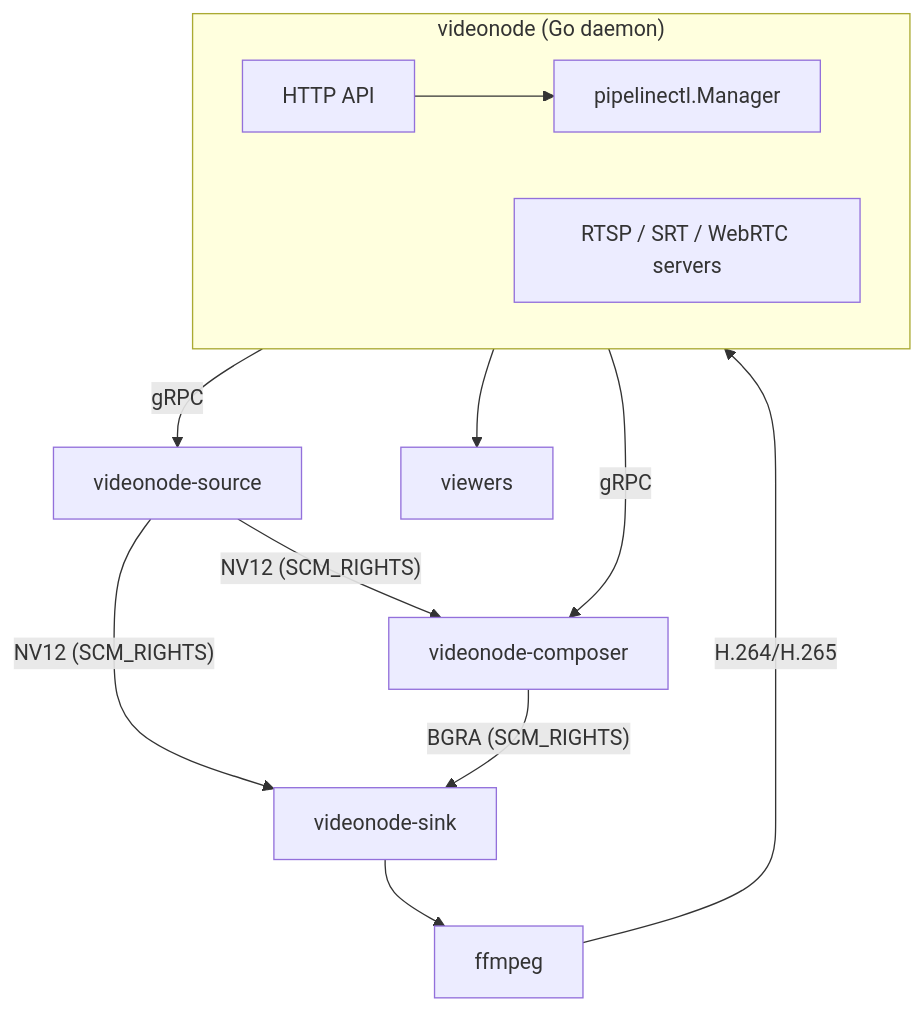
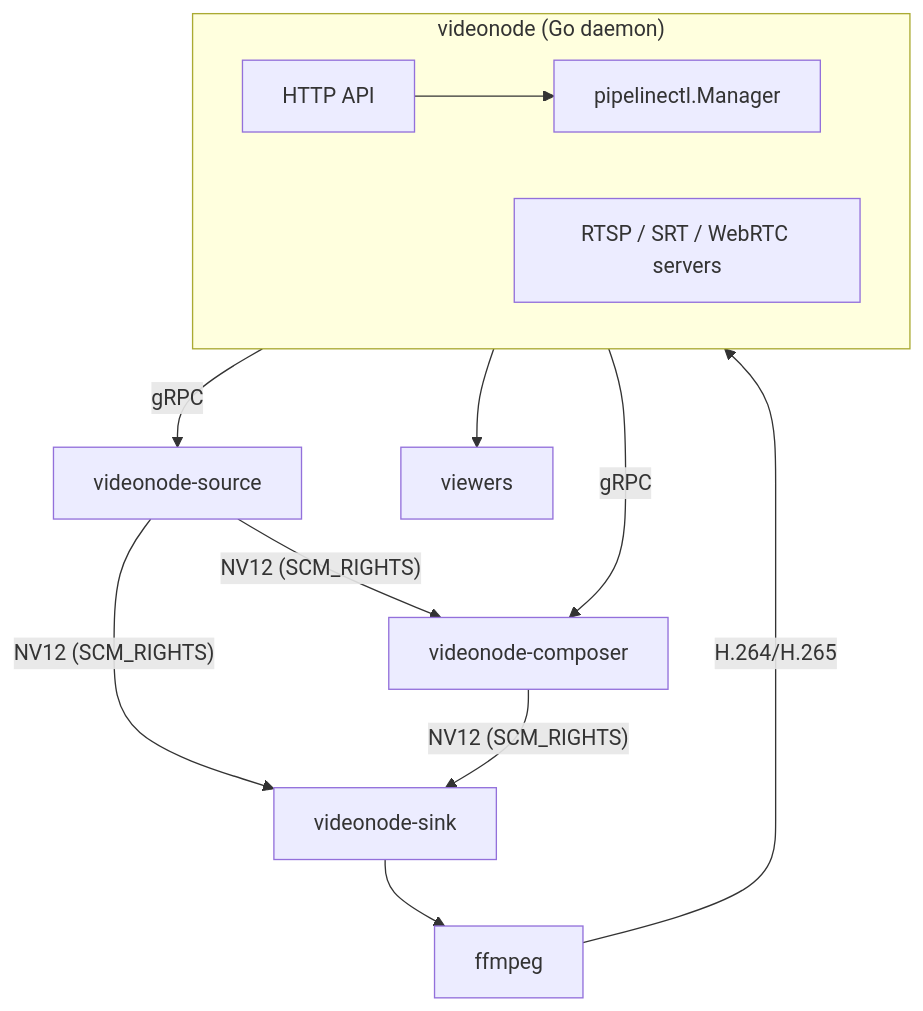
One commit to smazurov/videonode changed the diagram in website/docs/development/architecture.md. Above: the diagram before and after it, drawn with Mermaid. The commit also changed other lines of this file and 29 other files, not shown here.

````diff
--- a/website/docs/development/architecture.md
+++ b/website/docs/development/architecture.md
@@ -41,27 +43,27 @@
 ```mermaid
 flowchart TB
   accTitle: VideoNode process architecture
   accDescr {
     The Go daemon spawns videonode-source and videonode-composer via gRPC
     control sockets. Sources broadcast NV12 dma-bufs over SCM_RIGHTS to
     videonode-sink and videonode-composer. Each sink pipes raw bytes into
     ffmpeg for encoding and RTSP/SRT/WebRTC egress.
   }
 
   subgraph daemon["videonode (Go daemon)"]
     direction LR
     api["HTTP API"] --> mgr["pipelinectl.Manager"]
     muxers["RTSP / SRT / WebRTC servers"]
   end
 
   mgr -- "gRPC" --> src["videonode-source"]
   mgr -- "gRPC" --> comp["videonode-composer"]
 
   src -- "NV12 (SCM_RIGHTS)" --> comp
   src -- "NV12 (SCM_RIGHTS)" --> sink["videonode-sink"]
-  comp -- "BGRA (SCM_RIGHTS)" --> sink
+  comp -- "NV12 (SCM_RIGHTS)" --> sink
 
   sink --> ffmpeg["ffmpeg"]
   ffmpeg -- "H.264/H.265" --> muxers
   muxers --> viewers["viewers"]
 ```
````
